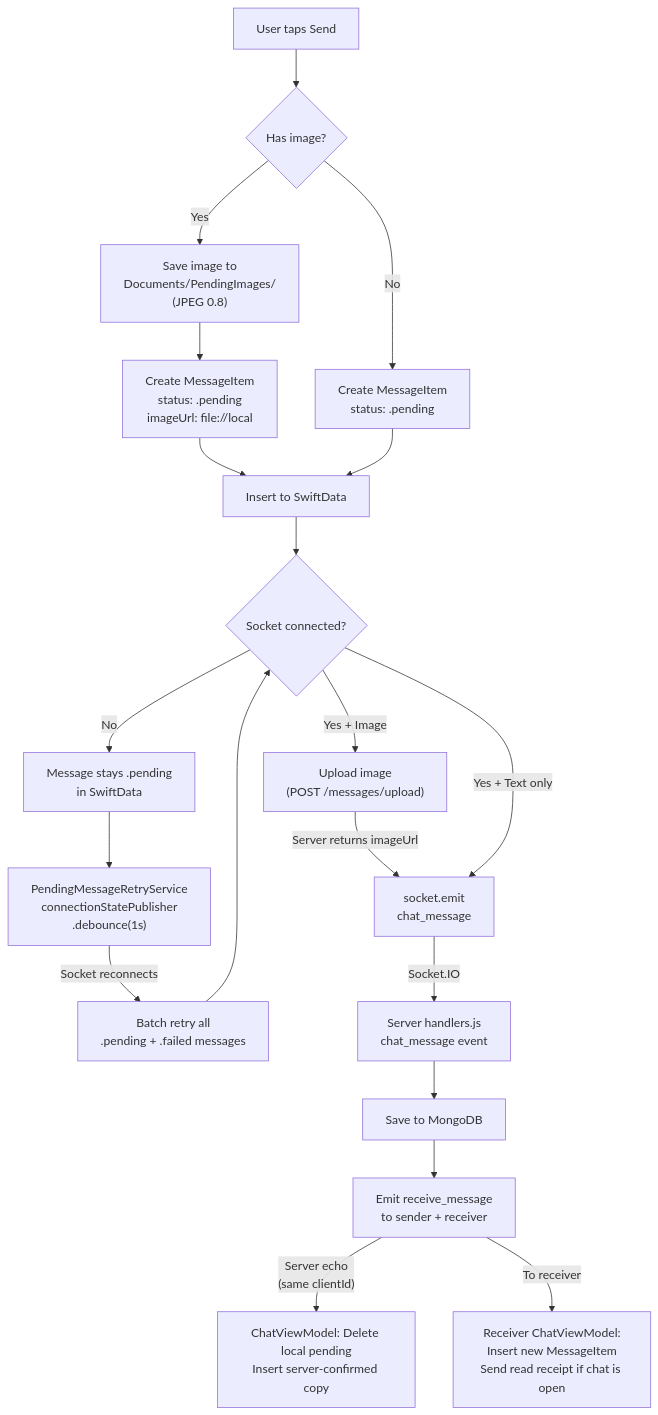
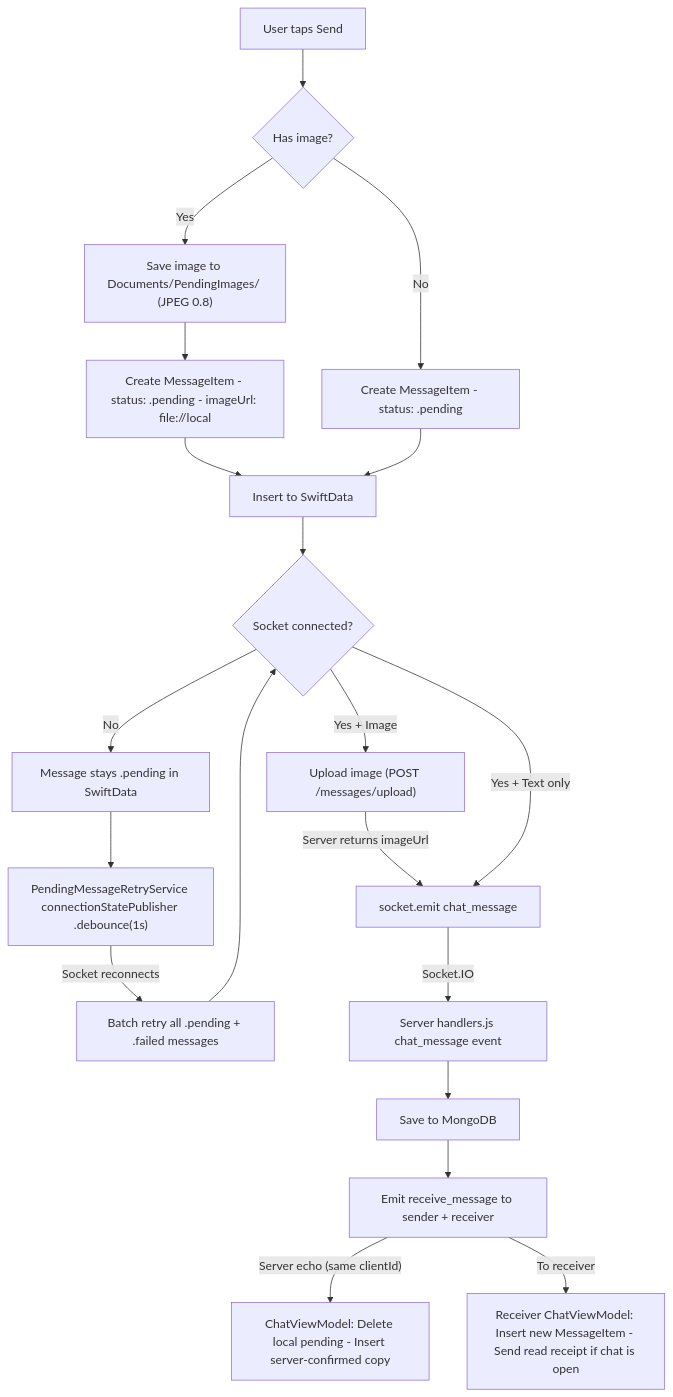
Before and after one commit to denizyakar/SoniApp: the third of 6 diagrams in README.md, drawn with Mermaid. The commit also changed other lines of this file, not shown here.

````diff
--- a/README.md
+++ b/README.md
@@ -162,30 +162,30 @@
 ```mermaid
 flowchart TD
     A["User taps Send"] --> B{"Has image?"}
 
-    B -->|"Yes"| C["Save image to<br>Documents/PendingImages/<br>(JPEG 0.8)"]
-    C --> D["Create MessageItem<br>status: .pending<br>imageUrl: file://local"]
-    B -->|"No"| D2["Create MessageItem<br>status: .pending"]
+    B -->|"Yes"| C["Save image to Documents/PendingImages/ (JPEG 0.8)"]
+    C --> D["Create MessageItem - status: .pending - imageUrl: file://local"]
+    B -->|"No"| D2["Create MessageItem - status: .pending"]
 
     D --> E["Insert to SwiftData"]
     D2 --> E
 
     E --> F{"Socket connected?"}
 
-    F -->|"Yes + Image"| G["Upload image<br>(POST /messages/upload)"]
-    G -->|"Server returns imageUrl"| H["socket.emit<br>chat_message"]
+    F -->|"Yes + Image"| G["Upload image (POST /messages/upload)"]
+    G -->|"Server returns imageUrl"| H["socket.emit chat_message"]
 
     F -->|"Yes + Text only"| H
 
-    F -->|"No"| I["Message stays .pending<br>in SwiftData"]
-    I --> J["PendingMessageRetryService<br>connectionStatePublisher<br>.debounce(1s)"]
-    J -->|"Socket reconnects"| K["Batch retry all<br>.pending + .failed messages"]
+    F -->|"No"| I["Message stays .pending in SwiftData"]
+    I --> J["PendingMessageRetryService connectionStatePublisher .debounce(1s)"]
+    J -->|"Socket reconnects"| K["Batch retry all .pending + .failed messages"]
     K --> F
 
-    H -->|"Socket.IO"| L["Server handlers.js<br>chat_message event"]
+    H -->|"Socket.IO"| L["Server handlers.js chat_message event"]
     L --> M["Save to MongoDB"]
-    M --> N["Emit receive_message<br>to sender + receiver"]
+    M --> N["Emit receive_message to sender + receiver"]
 
-    N -->|"Server echo<br>(same clientId)"| O["ChatViewModel: Delete local pending<br>Insert server-confirmed copy"]
-    N -->|"To receiver"| P["Receiver ChatViewModel:<br>Insert new MessageItem<br>Send read receipt if chat is open"]
+    N -->|"Server echo (same clientId)"| O["ChatViewModel: Delete local pending - Insert server-confirmed copy"]
+    N -->|"To receiver"| P["Receiver ChatViewModel: Insert new MessageItem - Send read receipt if chat is open"]
 ```
````
